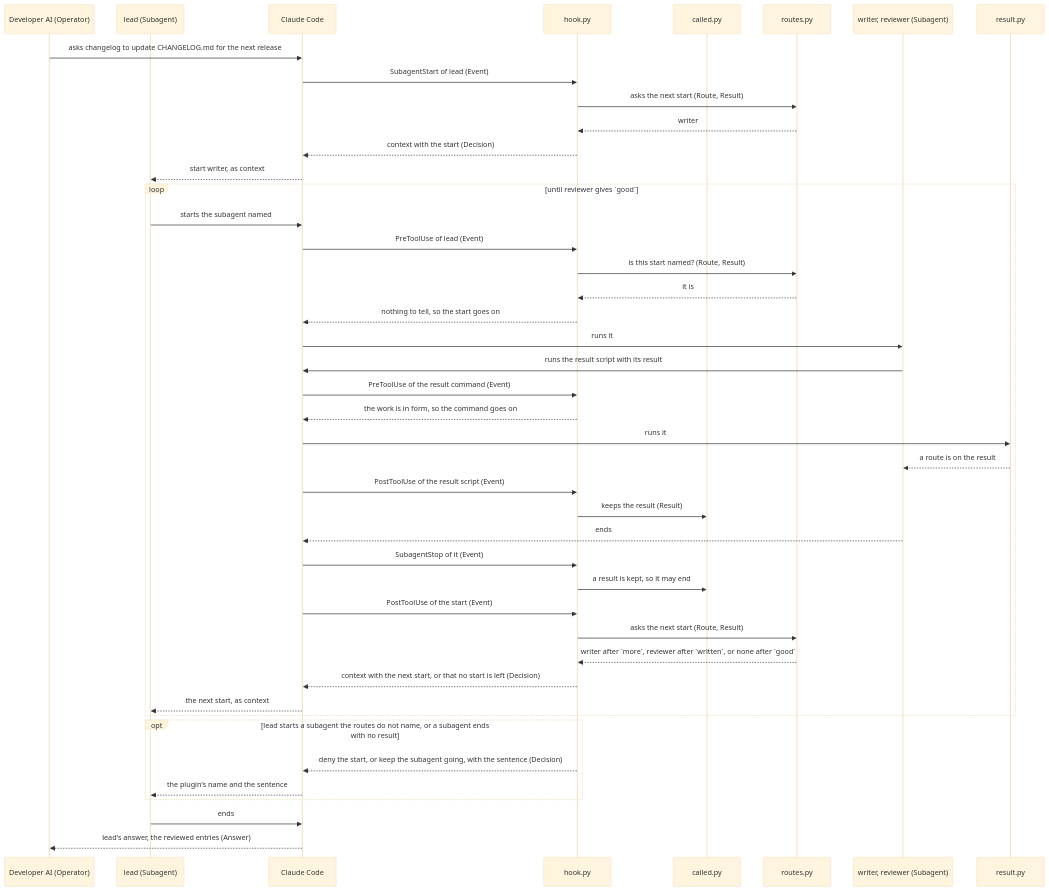
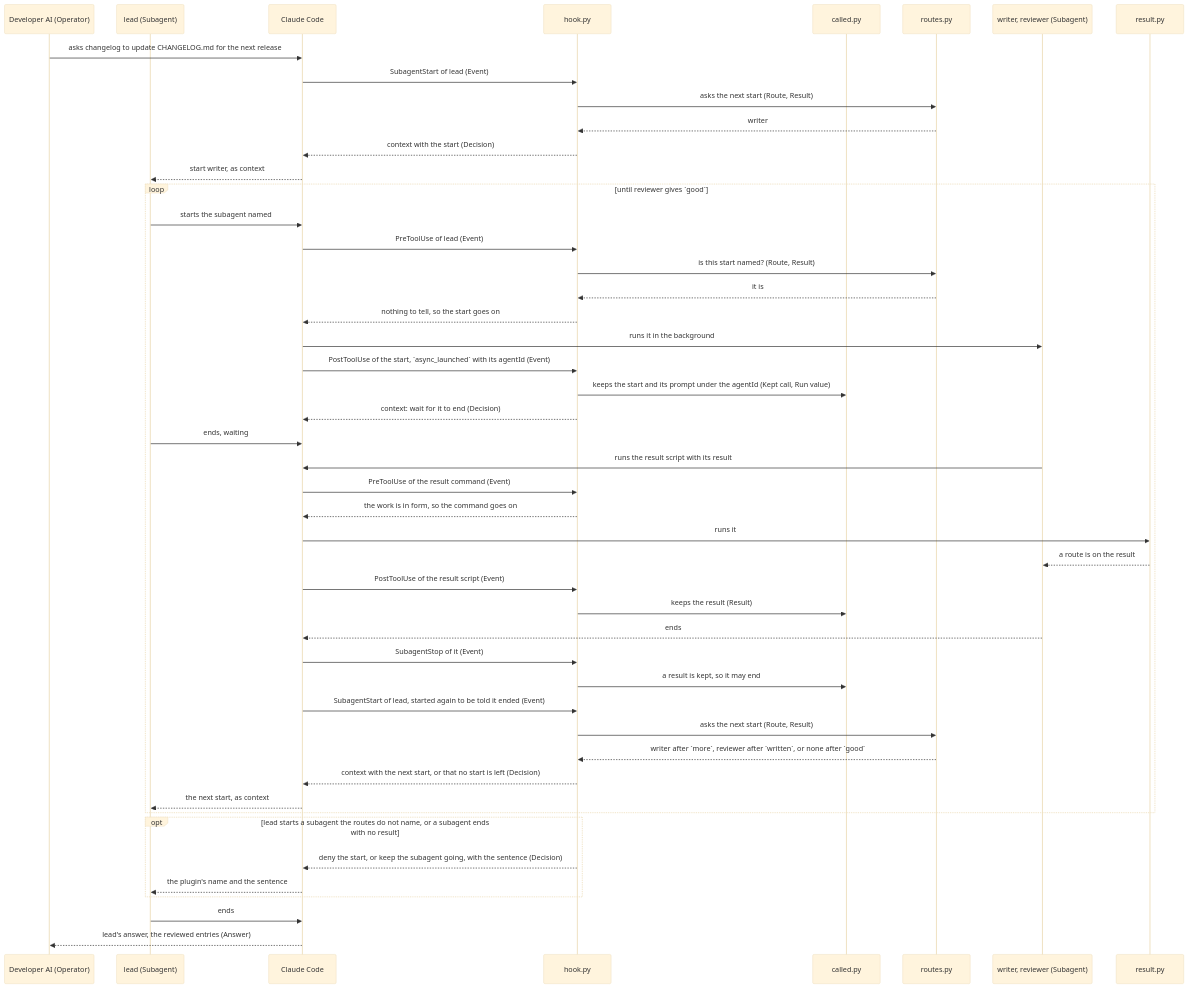
One commit to lovaizu/ccpm changed the fourth of 5 diagrams in dev/lane/architecture.md. Above: the diagram before and after it, drawn with Mermaid (base theme). The commit also changed other lines of this file and 30 other files, not shown here.

````diff
--- a/dev/lane/architecture.md
+++ b/dev/lane/architecture.md
@@ -244,46 +246,50 @@
 ```mermaid
 sequenceDiagram
   participant OP as Developer AI (Operator)
   participant O as lead (Subagent)
   participant CC as Claude Code
   participant H as hook.py
   participant C as called.py
   participant RT as routes.py
   participant S as writer, reviewer (Subagent)
   participant RS as result.py
   OP->>CC: asks changelog to update CHANGELOG.md for the next release
   CC->>H: SubagentStart of lead (Event)
   H->>RT: asks the next start (Route, Result)
   RT-->>H: writer
   H-->>CC: context with the start (Decision)
   CC-->>O: start writer, as context
   loop until reviewer gives `good`
     O->>CC: starts the subagent named
     CC->>H: PreToolUse of lead (Event)
     H->>RT: is this start named? (Route, Result)
     RT-->>H: it is
     H-->>CC: nothing to tell, so the start goes on
-    CC->>S: runs it
+    CC->>S: runs it in the background
+    CC->>H: PostToolUse of the start, `async_launched` with its agentId (Event)
+    H->>C: keeps the start and its prompt under the agentId (Kept call, Run value)
+    H-->>CC: context: wait for it to end (Decision)
+    O->>CC: ends, waiting
     S->>CC: runs the result script with its result
     CC->>H: PreToolUse of the result command (Event)
     H-->>CC: the work is in form, so the command goes on
     CC->>RS: runs it
     RS-->>S: a route is on the result
     CC->>H: PostToolUse of the result script (Event)
     H->>C: keeps the result (Result)
     S-->>CC: ends
     CC->>H: SubagentStop of it (Event)
     H->>C: a result is kept, so it may end
-    CC->>H: PostToolUse of the start (Event)
+    CC->>H: SubagentStart of lead, started again to be told it ended (Event)
     H->>RT: asks the next start (Route, Result)
     RT-->>H: writer after `more`, reviewer after `written`, or none after `good`
     H-->>CC: context with the next start, or that no start is left (Decision)
     CC-->>O: the next start, as context
   end
   opt lead starts a subagent the routes do not name, or a subagent ends with no result
     H-->>CC: deny the start, or keep the subagent going, with the sentence (Decision)
     CC-->>O: the plugin's name and the sentence
   end
   O->>CC: ends
   CC-->>OP: lead's answer, the reviewed entries (Answer)
 ```
````
